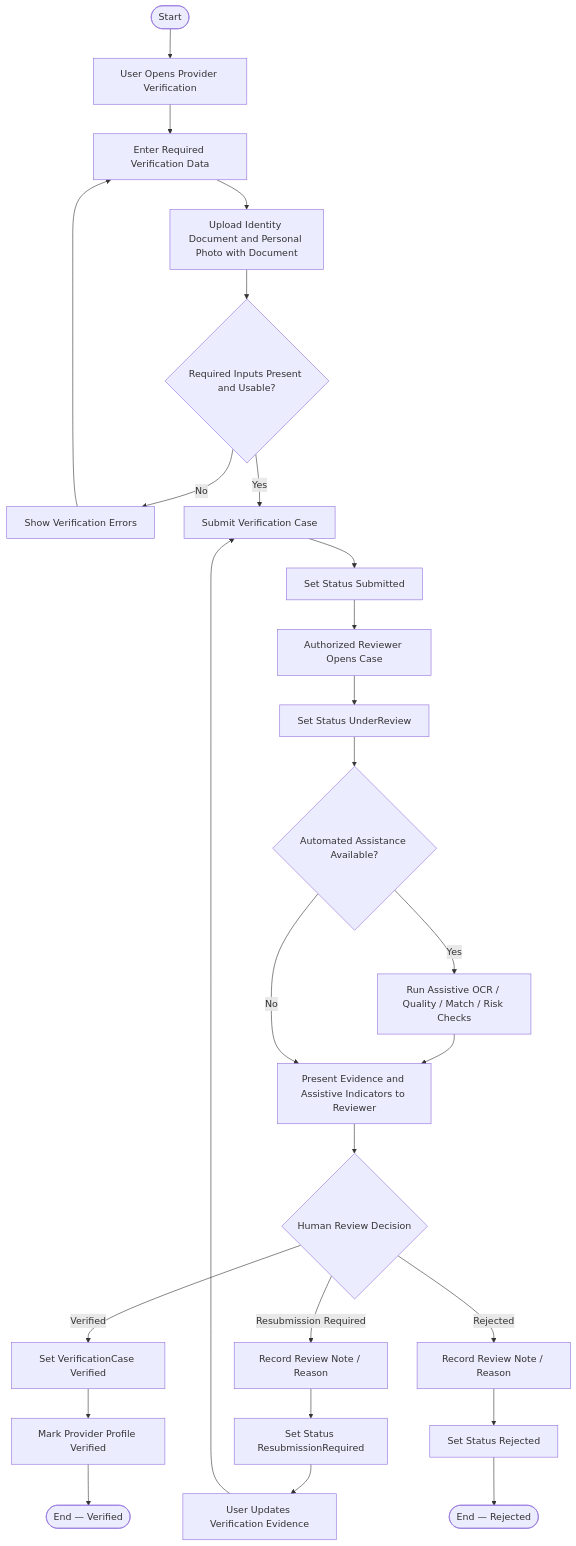
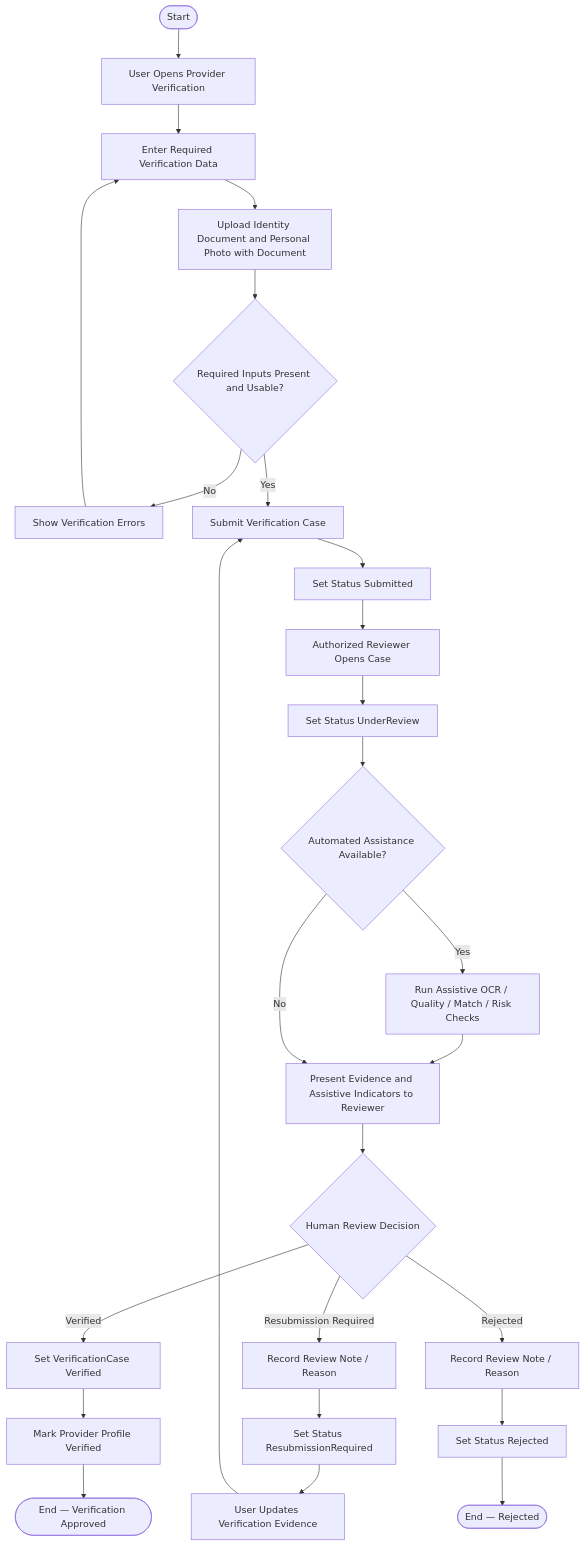
The diagram in diagrams/03-analysis/uml/activity/activity-provider-verification.md (Yadd-SanaaUniversityGraduationProject/yadd), drawn with Mermaid before and after one commit. The commit also changed other lines of this file, not shown here.

Commit message:
sync(activity): separate verification approval from provider activation

````diff
--- a/diagrams/03-analysis/uml/activity/activity-provider-verification.md
+++ b/diagrams/03-analysis/uml/activity/activity-provider-verification.md
@@ -17,35 +17,35 @@
 ```mermaid
 flowchart TD
     S([Start]) --> A[User Opens Provider Verification]
     A --> B[Enter Required Verification Data]
     B --> C[Upload Identity Document and Personal Photo with Document]
     C --> D{Required Inputs Present and Usable?}
 
     D -- No --> E[Show Verification Errors]
     E --> B
 
     D -- Yes --> F[Submit Verification Case]
     F --> G[Set Status Submitted]
     G --> H[Authorized Reviewer Opens Case]
     H --> I[Set Status UnderReview]
 
     I --> J{Automated Assistance Available?}
     J -- Yes --> K[Run Assistive OCR / Quality / Match / Risk Checks]
     K --> L[Present Evidence and Assistive Indicators to Reviewer]
     J -- No --> L
 
     L --> M{Human Review Decision}
 
     M -- Verified --> N[Set VerificationCase Verified]
     N --> O[Mark Provider Profile Verified]
-    O --> ZV([End — Verified])
+    O --> ZV([End — Verification Approved])
 
     M -- Resubmission Required --> P[Record Review Note / Reason]
     P --> Q[Set Status ResubmissionRequired]
     Q --> R[User Updates Verification Evidence]
     R --> F
 
     M -- Rejected --> T[Record Review Note / Reason]
     T --> U[Set Status Rejected]
     U --> ZR([End — Rejected])
 ```
````
